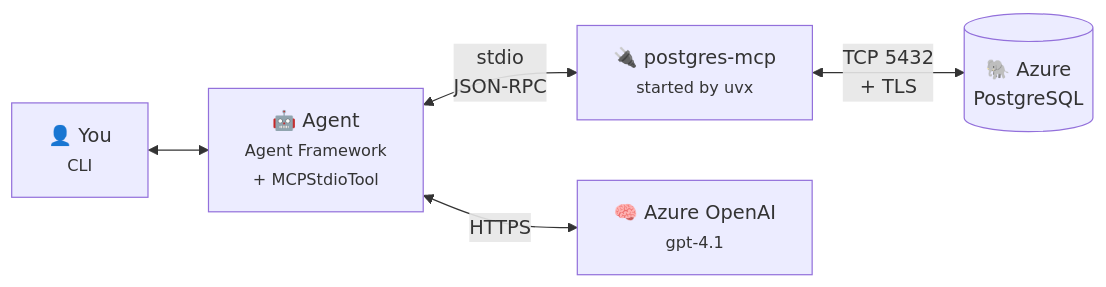
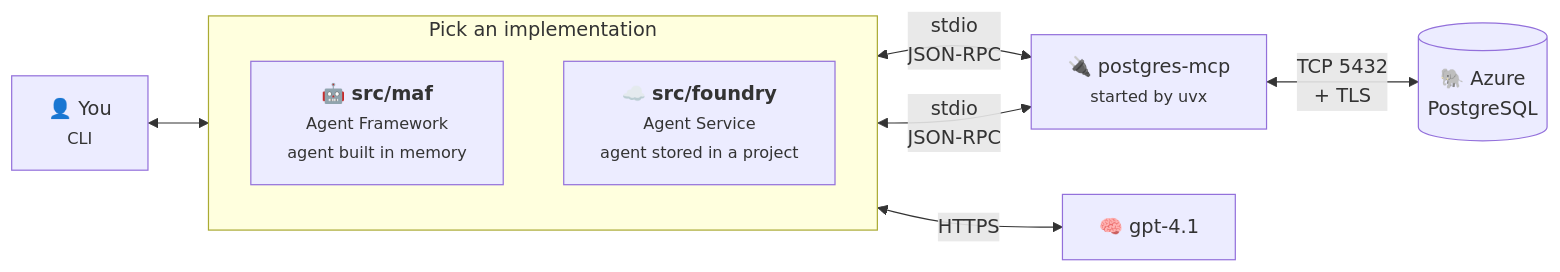
Before and after one commit to pedro-pauletti/msft-agent-framework-postgres: the diagram in README.md, drawn with Mermaid. The commit also changed other lines of this file and 38 other files, not shown here.

First line of the commit message:
Add a second implementation: the same agent on the Foundry Agent Service

````diff
--- a/README.md
+++ b/README.md
@@ -9,13 +9,20 @@
 ```mermaid
 flowchart LR
     User["👤 You<br/><small>CLI</small>"]
-    Agent["🤖 Agent<br/><small>Agent Framework<br/>+ MCPStdioTool</small>"]
+
+    subgraph impl[" Pick an implementation "]
+        direction TB
+        MAF["🤖 <b>src/maf</b><br/><small>Agent Framework<br/>agent built in memory</small>"]
+        FDY["☁️ <b>src/foundry</b><br/><small>Agent Service<br/>agent stored in a project</small>"]
+    end
+
     MCP["🔌 postgres-mcp<br/><small>started by uvx</small>"]
     DB[("🐘 Azure<br/>PostgreSQL")]
-    AOAI["🧠 Azure OpenAI<br/><small>gpt-4.1</small>"]
+    Model["🧠 gpt-4.1"]
 
-    User <--> Agent
-    Agent <-->|"stdio<br/>JSON-RPC"| MCP
+    User <--> impl
+    MAF <-->|"stdio<br/>JSON-RPC"| MCP
+    FDY <-->|"stdio<br/>JSON-RPC"| MCP
     MCP <-->|"TCP 5432<br/>+ TLS"| DB
-    Agent <-->|HTTPS| AOAI
+    impl <-->|HTTPS| Model
 ```
````
